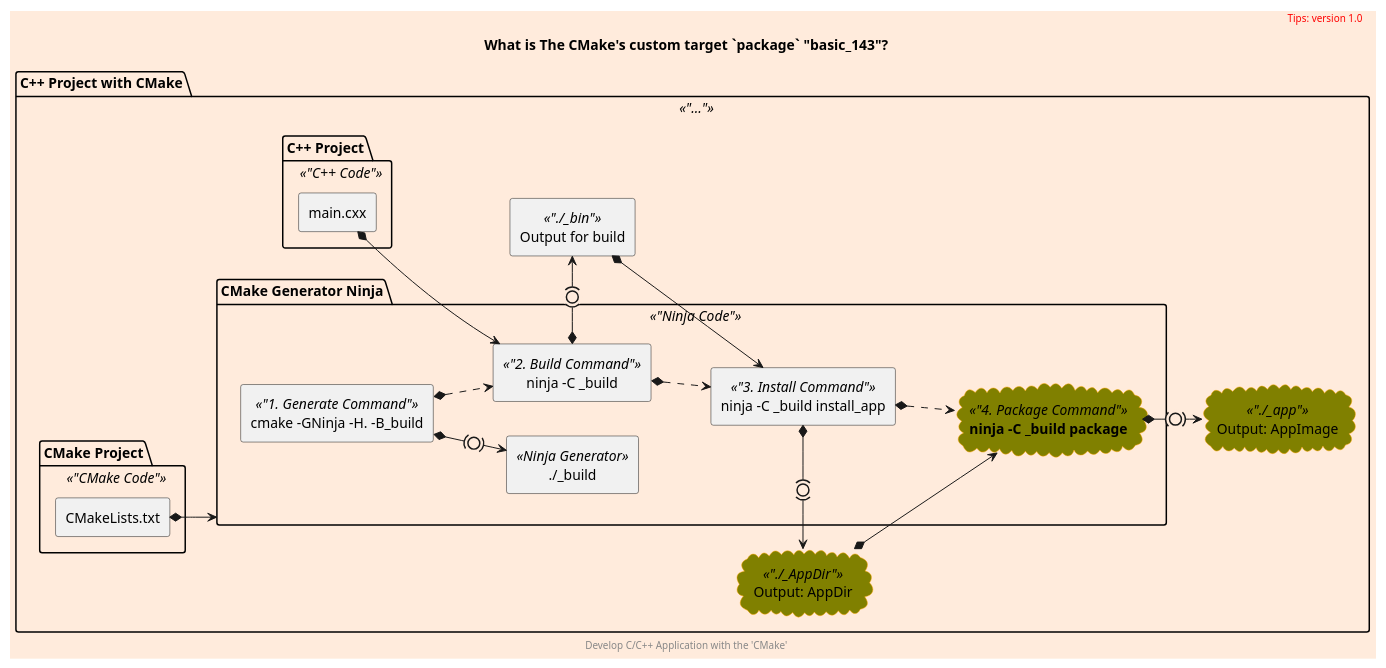
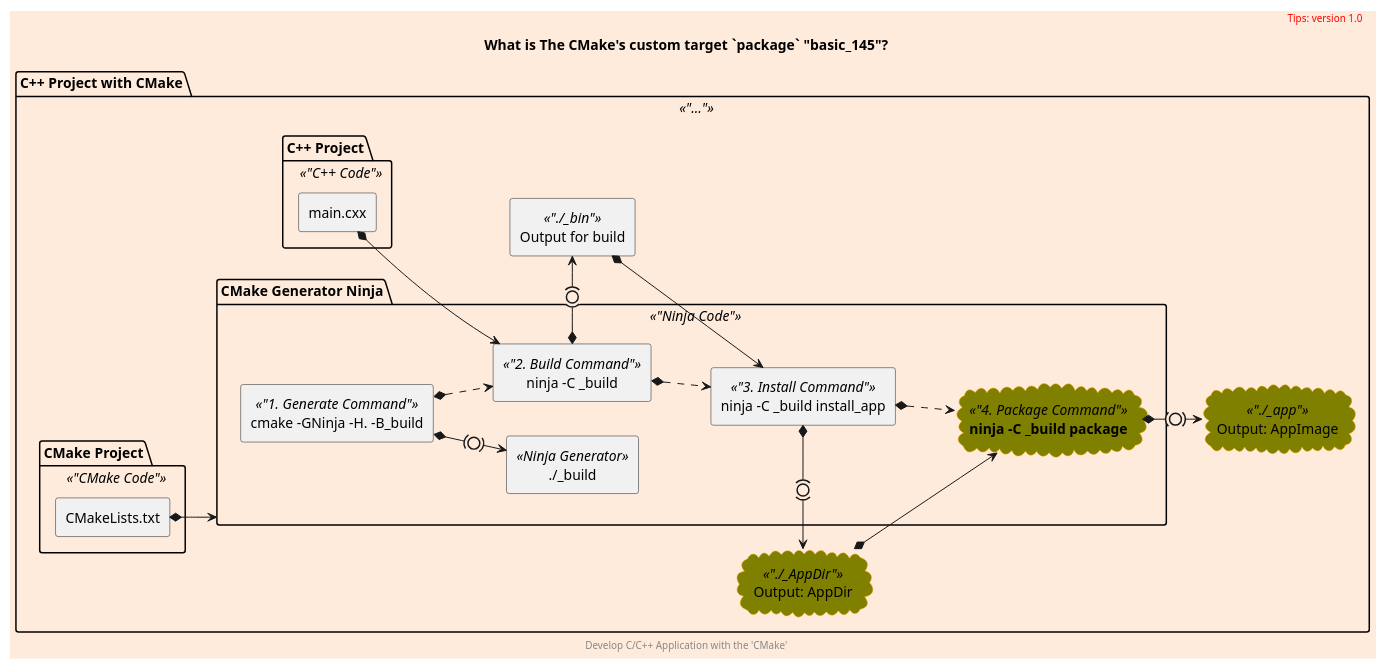
One commit to cnruby/w3h1_cmake changed the diagram in docs/package_final.puml. Above: the diagram before and after it, drawn with PlantUML. The commit also changed 12 other files, not shown here.

```diff
--- a/docs/package_final.puml
+++ b/docs/package_final.puml
@@ -1,68 +1,68 @@
 @startuml package_final
 scale 700 width
 skinparam backgroundColor #FFEBDC
 scale 1
 
 skinparam cloud {
   backgroundColor Olive
   borderColor orange
 }
 
 left to right direction
 package "C++ Project with CMake" <<"...">> as project {
   package "CMake Project" <<"CMake Code">> as cmake_project {
     rectangle "CMakeLists.txt" as cmake_code
   }
   package "CMake Generator Ninja" <<"Ninja Code">> as ninja_project {
     rectangle "cmake -GNinja -H. -B_build" <<"1. Generate Command">> as cmd_generator
     rectangle "./_build" <<Ninja Generator>> as ninja_code
     rectangle "ninja -C _build" <<"2. Build Command">> as cmd_build
     rectangle "ninja -C _build install_app" <<"3. Install Command">> as cmd_install
     cloud "**ninja -C _build package**" <<"4. Package Command">> as cmd_package
     'note right of cmd_build
     '  CMake Cache Variable:
     '    **_DESTDIR**
     '    **CMAKE_BUILD_TYPE**
     'endnote
     'note right of cmd_install
     '  Environment Variable:
     '    **DESTDIR**
     '  CMake Cache Variable:
     '    **CMAKE_INSTALL_PREFIX**
     'endnote
     cmd_generator *-(0)-> ninja_code
   }
   package "C++ Project" <<"C++ Code">> as c_project {
     rectangle "main.cxx" as c_code
   }
   rectangle "Output for build" <<"./_bin">> as output_build
 
   cloud "Output: AppDir" <<"./_AppDir">> as output_appdir
   cloud "Output: AppImage" <<"./_app">> as output_app
 }
 cmake_code *--> ninja_project
 cmd_generator *..> cmd_build
 cmd_build *..> cmd_install
 c_code *--> cmd_build
 cmd_build *-(0)-> output_build
 output_build *--> cmd_install
 cmd_install *-(0)-> output_appdir
 
 output_appdir *--> cmd_package
 cmd_install *..> cmd_package
 cmd_package *-(0)-> output_app
 
 
 
 
 title
-  What is The CMake's custom target `package` "basic_143"?
+  What is The CMake's custom target `package` "basic_145"?
 end title
 
 header
   <font color=red>Tips: version 1.0</font>
 endheader
 
 center footer Develop C/C++ Application with the 'CMake'
 
 @enduml
```
